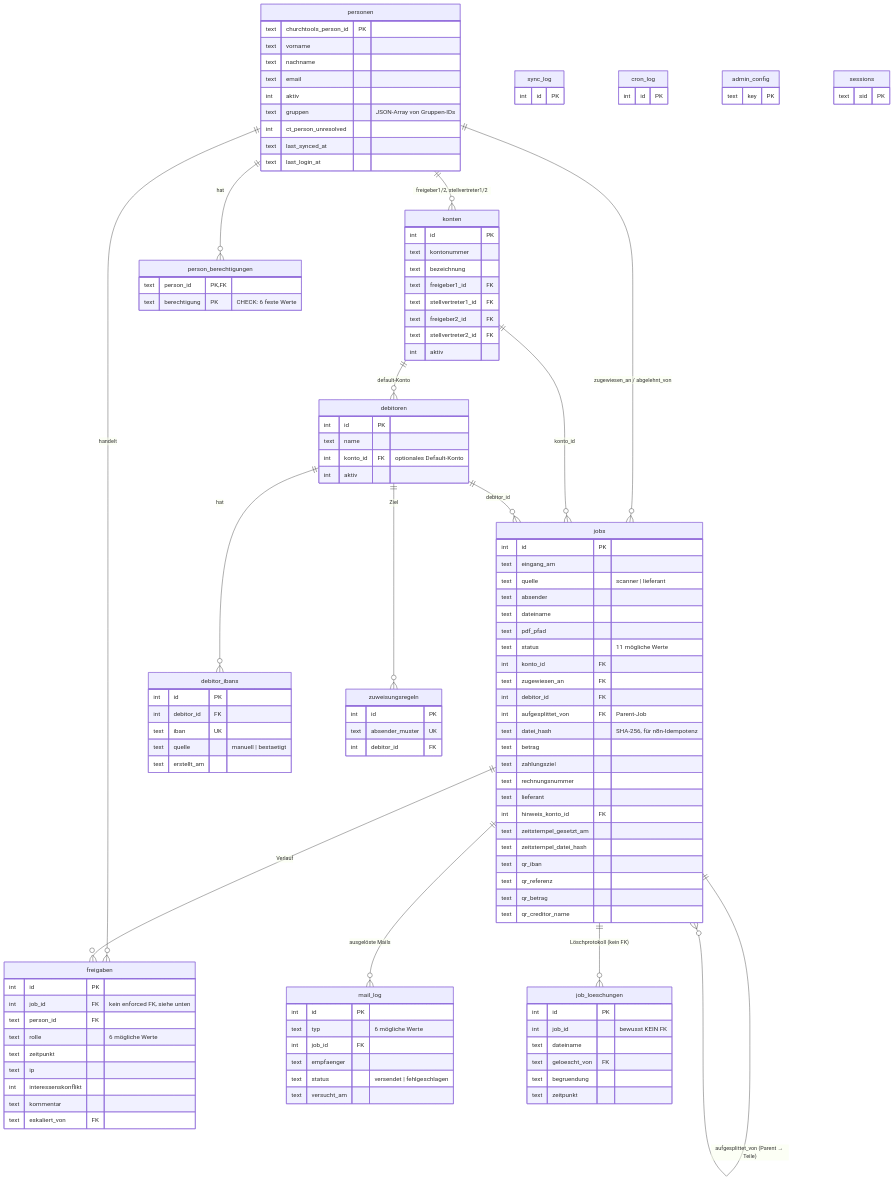
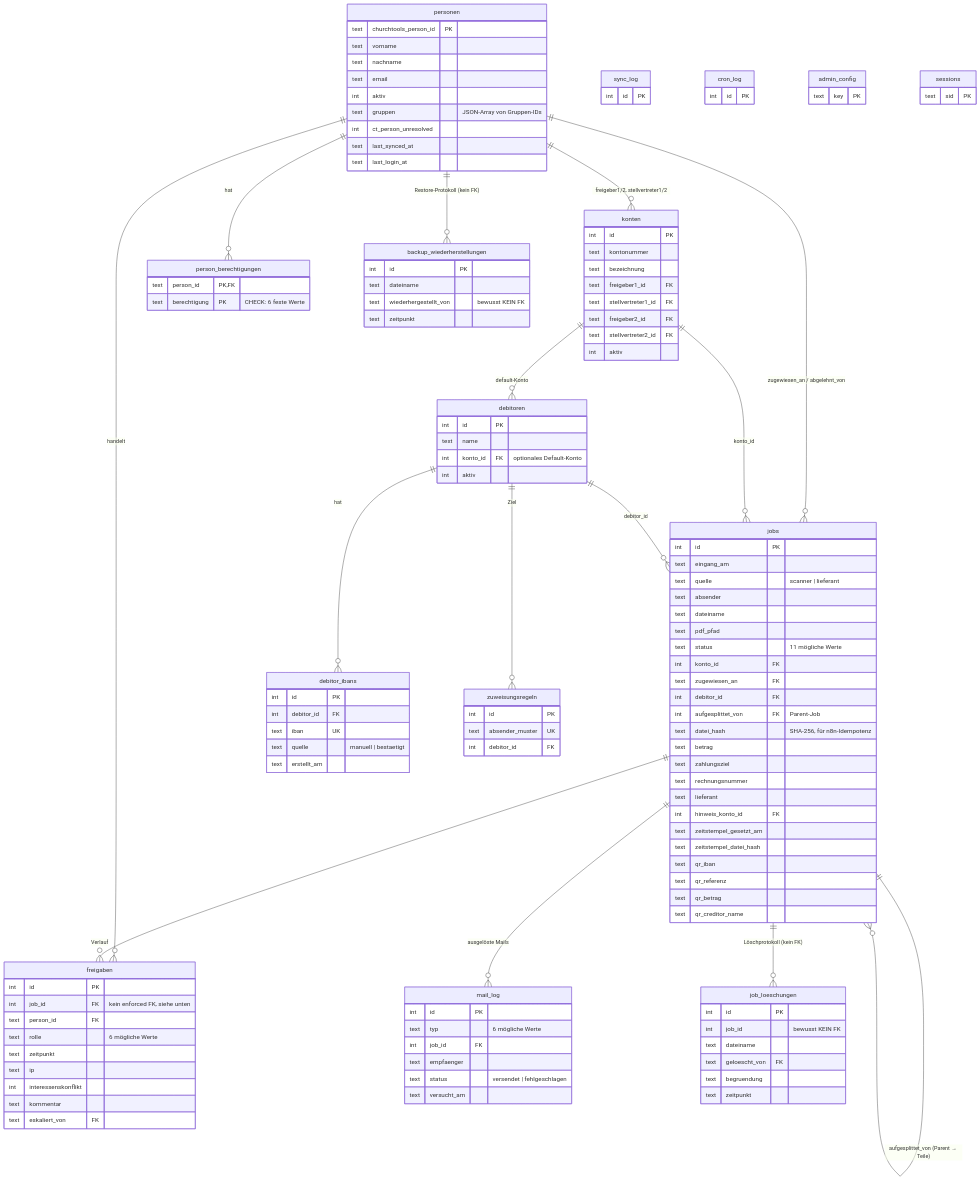
The diagram in docs/datenmodell.md (rony326/freigabeportal), drawn with Mermaid before and after one commit. The commit also changed other lines of this file and 7 other files, not shown here.

```diff
--- a/docs/datenmodell.md
+++ b/docs/datenmodell.md
@@ -21,6 +21,7 @@
     jobs ||--o{ mail_log : "ausgelöste Mails"
     jobs ||--o{ jobs : "aufgesplittet_von (Parent → Teile)"
     jobs ||--o{ job_loeschungen : "Löschprotokoll (kein FK)"
+    personen ||--o{ backup_wiederherstellungen : "Restore-Protokoll (kein FK)"
 
     personen {
         text churchtools_person_id PK
@@ -117,6 +118,12 @@
         text begruendung
         text zeitpunkt
     }
+    backup_wiederherstellungen {
+        int id PK
+        text dateiname
+        text wiederhergestellt_von "bewusst KEIN FK"
+        text zeitpunkt
+    }
     sync_log { int id PK }
     cron_log { int id PK }
     admin_config { text key PK }
```
